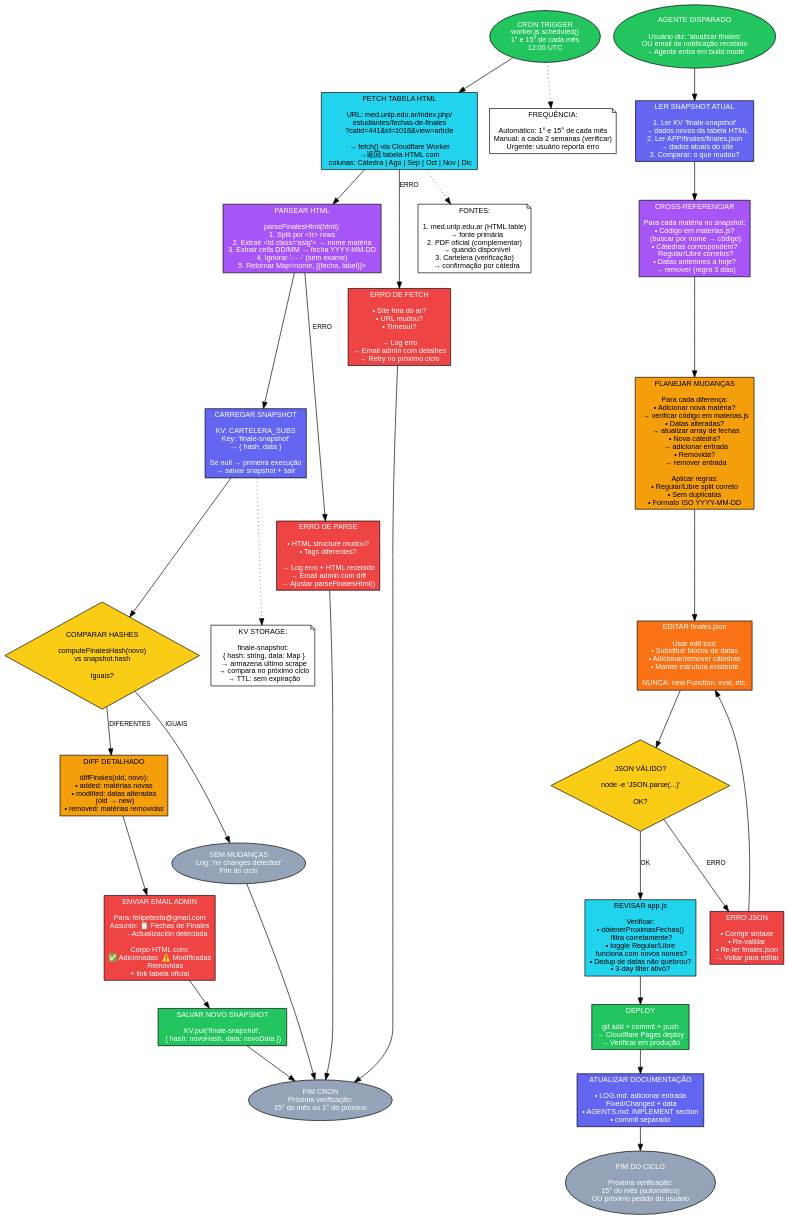
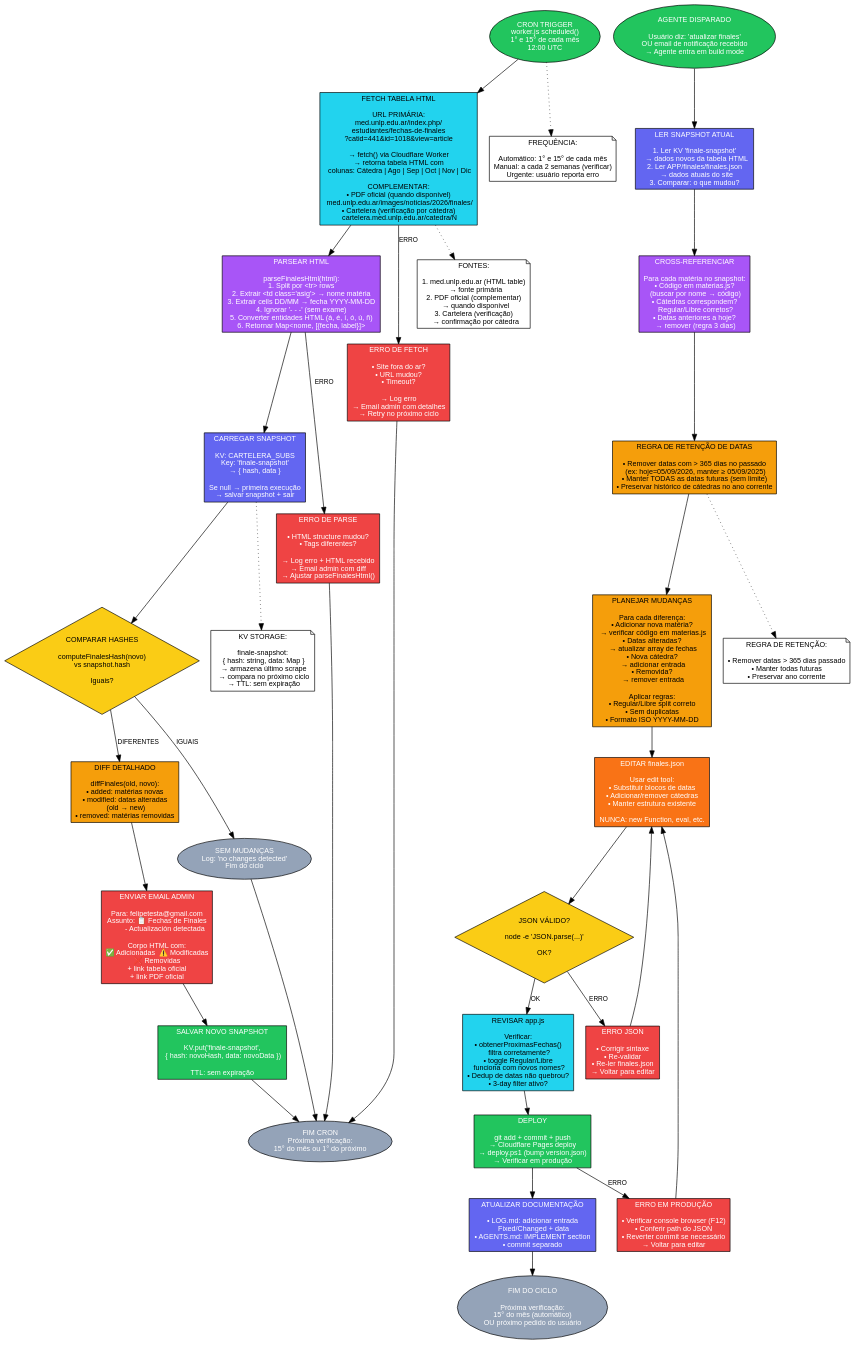
The diagram in FLOW/finals-cycle.dot (FelipeTesta/Correlatividades_FCM_UNLP), drawn with Graphviz before and after one commit. The commit also changed 1 other file, not shown here.

Commit message:
chore: merge finales-update into finals-cycle.dot, remove deprecated

```diff
--- a/FLOW/finals-cycle.dot
+++ b/FLOW/finals-cycle.dot
@@ -1,102 +1,111 @@
 digraph finals_cycle {
     rankdir=TB;
     node [fontname="Arial", fontsize=11];
     edge [fontname="Arial", fontsize=10];
     bgcolor="transparent";
 
     // =============================
     // FINALES MONITORING + UPDATE CYCLE
     // Automated (worker.js) + Agent (opencode)
     // =============================
 
     // ── PHASE 1: AUTOMATED MONITORING (worker.js cron) ──
 
     cron_start [shape=ellipse, style=filled, fillcolor="#22c55e", fontcolor=white, label="CRON TRIGGER\nworker.js scheduled()\n1° e 15° de cada mês\n12:00 UTC"];
 
-    fetch_html [shape=box, style=filled, fillcolor="#22d3ee", label="FETCH TABELA HTML\n\nURL: med.unlp.edu.ar/index.php/\nestudiantes/fechas-de-finales\n?catid=441&id=1018&view=article\n\n→ fetch() via Cloudflare Worker\n→返回 tabela HTML com\n  colunas: Cátedra | Ago | Sep | Oct | Nov | Dic"];
+    fetch_html [shape=box, style=filled, fillcolor="#22d3ee", label="FETCH TABELA HTML\n\nURL PRIMÁRIA:\nmed.unlp.edu.ar/index.php/\nestudiantes/fechas-de-finales\n?catid=441&id=1018&view=article\n\n→ fetch() via Cloudflare Worker\n→ retorna tabela HTML com\n  colunas: Cátedra | Ago | Sep | Oct | Nov | Dic\n\nCOMPLEMENTAR:\n• PDF oficial (quando disponível)\n  med.unlp.edu.ar/images/noticias/2026/finales/\n• Cartelera (verificação por cátedra)\n  cartelera.med.unlp.edu.ar/catedra/N"];
 
-    parse_html [shape=box, style=filled, fillcolor="#a855f7", fontcolor=white, label="PARSEAR HTML\n\nparseFinalesHtml(html):\n1. Split por <tr> rows\n2. Extrair <td class='asig'> → nome matéria\n3. Extrair cells DD/MM → fecha YYYY-MM-DD\n4. Ignorar '- - -' (sem exame)\n5. Retornar Map<nome, [{fecha, label}]>"];
+    parse_html [shape=box, style=filled, fillcolor="#a855f7", fontcolor=white, label="PARSEAR HTML\n\nparseFinalesHtml(html):\n1. Split por <tr> rows\n2. Extrair <td class='asig'> → nome matéria\n3. Extrair cells DD/MM → fecha YYYY-MM-DD\n4. Ignorar '- - -' (sem exame)\n5. Converter entidades HTML (á, é, í, ó, ú, ñ)\n6. Retornar Map<nome, [{fecha, label}]>"];
 
     load_snapshot [shape=box, style=filled, fillcolor="#6366f1", fontcolor=white, label="CARREGAR SNAPSHOT\n\nKV: CARTELERA_SUBS\nKey: 'finale-snapshot'\n→ { hash, data }\n\nSe null → primeira execução\n→ salvar snapshot + sair"];
 
     compare [shape=diamond, style=filled, fillcolor="#facc15", label="COMPARAR HASHES\n\ncomputeFinalesHash(novo)\nvs snapshot.hash\n\nIguais?"];
 
     diff [shape=box, style=filled, fillcolor="#f59e0b", fontcolor=black, label="DIFF DETALHADO\n\ndiffFinales(old, novo):\n• added: matérias novas\n• modified: datas alteradas\n  (old → new)\n• removed: matérias removidas"];
 
-    send_email [shape=box, style=filled, fillcolor="#ef4444", fontcolor=white, label="ENVIAR EMAIL ADMIN\n\nPara: felipetesta@gmail.com\nAssunto: 📋 Fechas de Finales\n         - Actualización detectada\n\nCorpo HTML com:\n✅ Adicionadas  ⚠️ Modificadas\n❌ Removidas\n+ link tabela oficial"];
+    send_email [shape=box, style=filled, fillcolor="#ef4444", fontcolor=white, label="ENVIAR EMAIL ADMIN\n\nPara: felipetesta@gmail.com\nAssunto: 📋 Fechas de Finales\n         - Actualización detectada\n\nCorpo HTML com:\n✅ Adicionadas  ⚠️ Modificadas\n❌ Removidas\n+ link tabela oficial\n+ link PDF oficial"];
 
-    save_snapshot [shape=box, style=filled, fillcolor="#22c55e", fontcolor=white, label="SALVAR NOVO SNAPSHOT\n\nKV.put('finale-snapshot',\n  { hash: novoHash, data: novoData })"];
+    save_snapshot [shape=box, style=filled, fillcolor="#22c55e", fontcolor=white, label="SALVAR NOVO SNAPSHOT\n\nKV.put('finale-snapshot',\n  { hash: novoHash, data: novoData })\n\nTTL: sem expiração"];
 
     cron_end [shape=ellipse, style=filled, fillcolor="#94a3b8", fontcolor=white, label="FIM CRON\nPróxima verificação:\n15° do mês ou 1° do próximo"];
 
     no_change [shape=ellipse, style=filled, fillcolor="#94a3b8", fontcolor=white, label="SEM MUDANÇAS\nLog: 'no changes detected'\nFim do ciclo"];
 
     // ── PHASE 2: AGENT UPDATE (opencode) ──
 
     agent_trigger [shape=ellipse, style=filled, fillcolor="#22c55e", fontcolor=white, label="AGENTE DISPARADO\n\nUsuário diz: 'atualizar finales'\nOU email de notificação recebido\n→ Agente entra em build mode"];
 
     read_snapshot [shape=box, style=filled, fillcolor="#6366f1", fontcolor=white, label="LER SNAPSHOT ATUAL\n\n1. Ler KV 'finale-snapshot'\n   → dados novos da tabela HTML\n2. Ler APP/finales/finales.json\n   → dados atuais do site\n3. Comparar: o que mudou?"];
 
     cross_reference [shape=box, style=filled, fillcolor="#a855f7", fontcolor=white, label="CROSS-REFERENCIAR\n\nPara cada matéria no snapshot:\n• Código em materias.js?\n  (buscar por nome → código)\n• Cátedras correspondem?\n  Regular/Libre corretos?\n• Datas anteriores a hoje?\n  → remover (regra 3 dias)"];
 
+    retention [shape=box, style=filled, fillcolor="#f59e0b", fontcolor=black, label="REGRA DE RETENÇÃO DE DATAS\n\n• Remover datas com > 365 dias no passado\n  (ex: hoje=05/09/2026, manter ≥ 05/09/2025)\n• Manter TODAS as datas futuras (sem limite)\n• Preservar histórico de cátedras no ano corrente"];
+
     plan_changes [shape=box, style=filled, fillcolor="#f59e0b", fontcolor=black, label="PLANEJAR MUDANÇAS\n\nPara cada diferença:\n• Adicionar nova matéria?\n  → verificar código em materias.js\n• Datas alteradas?\n  → atualizar array de fechas\n• Nova cátedra?\n  → adicionar entrada\n• Removida?\n  → remover entrada\n\nAplicar regras:\n• Regular/Libre split correto\n• Sem duplicatas\n• Formato ISO YYYY-MM-DD"];
 
     edit_finales [shape=box, style=filled, fillcolor="#f97316", fontcolor=white, label="EDITAR finales.json\n\nUsar edit tool:\n• Substituir blocos de datas\n• Adicionar/remover cátedras\n• Manter estrutura existente\n\nNUNCA: new Function, eval, etc."];
 
     validate_json [shape=diamond, style=filled, fillcolor="#facc15", label="JSON VÁLIDO?\n\nnode -e 'JSON.parse(...)'\n\nOK?"];
 
     review_logic [shape=box, style=filled, fillcolor="#22d3ee", label="REVISAR app.js\n\nVerificar:\n• obtenerProximasFechas()\n  filtra corretamente?\n• toggle Regular/Libre\n  funciona com novos nomes?\n• Dedup de datas não quebrou?\n• 3-day filter ativo?"];
 
-    deploy [shape=box, style=filled, fillcolor="#22c55e", fontcolor=white, label="DEPLOY\n\ngit add + commit + push\n→ Cloudflare Pages deploy\n→ Verificar em produção"];
+    deploy [shape=box, style=filled, fillcolor="#22c55e", fontcolor=white, label="DEPLOY\n\ngit add + commit + push\n→ Cloudflare Pages deploy\n→ deploy.ps1 (bump version.json)\n→ Verificar em produção"];
 
     update_log [shape=box, style=filled, fillcolor="#6366f1", fontcolor=white, label="ATUALIZAR DOCUMENTAÇÃO\n\n• LOG.md: adicionar entrada\n  Fixed/Changed + data\n• AGENTS.md: IMPLEMENT section\n• commit separado"];
 
     agent_end [shape=ellipse, style=filled, fillcolor="#94a3b8", fontcolor=white, label="FIM DO CICLO\n\nPróxima verificação:\n15° do mês (automático)\nOU próximo pedido do usuário"];
 
     // ── ERROR HANDLING ──
 
     fetch_error [shape=box, style=filled, fillcolor="#ef4444", fontcolor=white, label="ERRO DE FETCH\n\n• Site fora do ar?\n• URL mudou?\n• Timeout?\n\n→ Log erro\n→ Email admin com detalhes\n→ Retry no próximo ciclo"];
 
     parse_error [shape=box, style=filled, fillcolor="#ef4444", fontcolor=white, label="ERRO DE PARSE\n\n• HTML structure mudou?\n• Tags diferentes?\n\n→ Log erro + HTML recebido\n→ Email admin com diff\n→ Ajustar parseFinalesHtml()"];
 
     json_error [shape=box, style=filled, fillcolor="#ef4444", fontcolor=white, label="ERRO JSON\n\n• Corrigir sintaxe\n• Re-validar\n• Re-ler finales.json\n→ Voltar para editar"];
+
+    prod_error [shape=box, style=filled, fillcolor="#ef4444", fontcolor=white, label="ERRO EM PRODUÇÃO\n\n• Verificar console browser (F12)\n• Conferir path do JSON\n• Reverter commit se necessário\n→ Voltar para editar"];
 
     // ── PHASE 1 FLOW ──
     cron_start -> fetch_html;
     fetch_html -> parse_html;
     fetch_html -> fetch_error [label="ERRO"];
     fetch_error -> cron_end;
     parse_html -> load_snapshot;
     parse_html -> parse_error [label="ERRO"];
     parse_error -> cron_end;
     load_snapshot -> compare;
     compare -> no_change [label="IGUAIS"];
     no_change -> cron_end;
     compare -> diff [label="DIFERENTES"];
     diff -> send_email;
     send_email -> save_snapshot;
     save_snapshot -> cron_end;
 
     // ── PHASE 2 FLOW ──
     agent_trigger -> read_snapshot;
     read_snapshot -> cross_reference;
-    cross_reference -> plan_changes;
+    cross_reference -> retention;
+    retention -> plan_changes;
     plan_changes -> edit_finales;
     edit_finales -> validate_json;
     validate_json -> review_logic [label="OK"];
     validate_json -> json_error [label="ERRO"];
     json_error -> edit_finales;
     review_logic -> deploy;
     deploy -> update_log;
     update_log -> agent_end;
+    deploy -> prod_error [label="ERRO"];
+    prod_error -> edit_finales;
 
     // ── NOTES ──
 
     freq_note [shape=note, label="FREQUÊNCIA:\n\nAutomático: 1° e 15° de cada mês\nManual: a cada 2 semanas (verificar)\nUrgente: usuário reporta erro"];
     sources_note [shape=note, label="FONTES:\n\n1. med.unlp.edu.ar (HTML table)\n   → fonte primária\n2. PDF oficial (complementar)\n   → quando disponível\n3. Cartelera (verificação)\n   → confirmação por cátedra"];
     kv_note [shape=note, label="KV STORAGE:\n\nfinale-snapshot:\n  { hash: string, data: Map }\n  → armazena último scrape\n  → compara no próximo ciclo\n  → TTL: sem expiração"];
+    retention_note [shape=note, label="REGRA DE RETENÇÃO:\n\n• Remover datas > 365 dias passado\n• Manter todas futuras\n• Preservar ano corrente"];
 
     cron_start -> freq_note [style=dotted];
     fetch_html -> sources_note [style=dotted];
     load_snapshot -> kv_note [style=dotted];
+    retention -> retention_note [style=dotted];
 }
```
